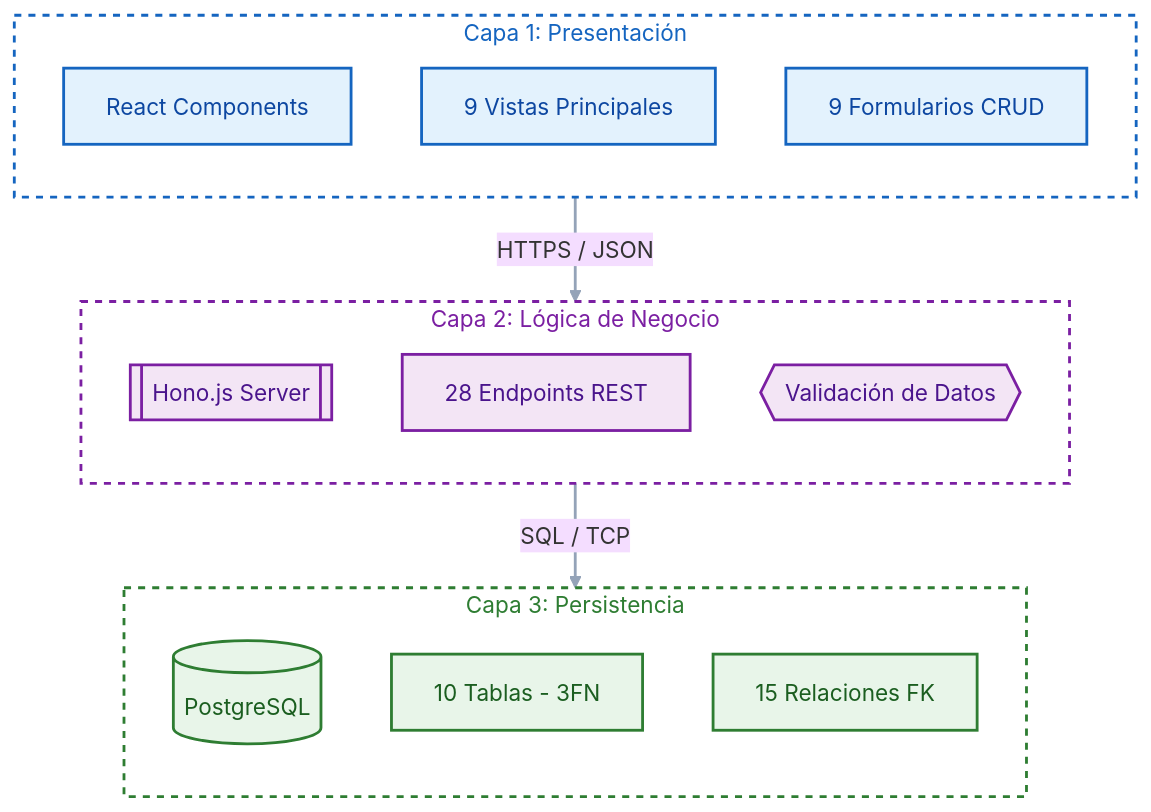
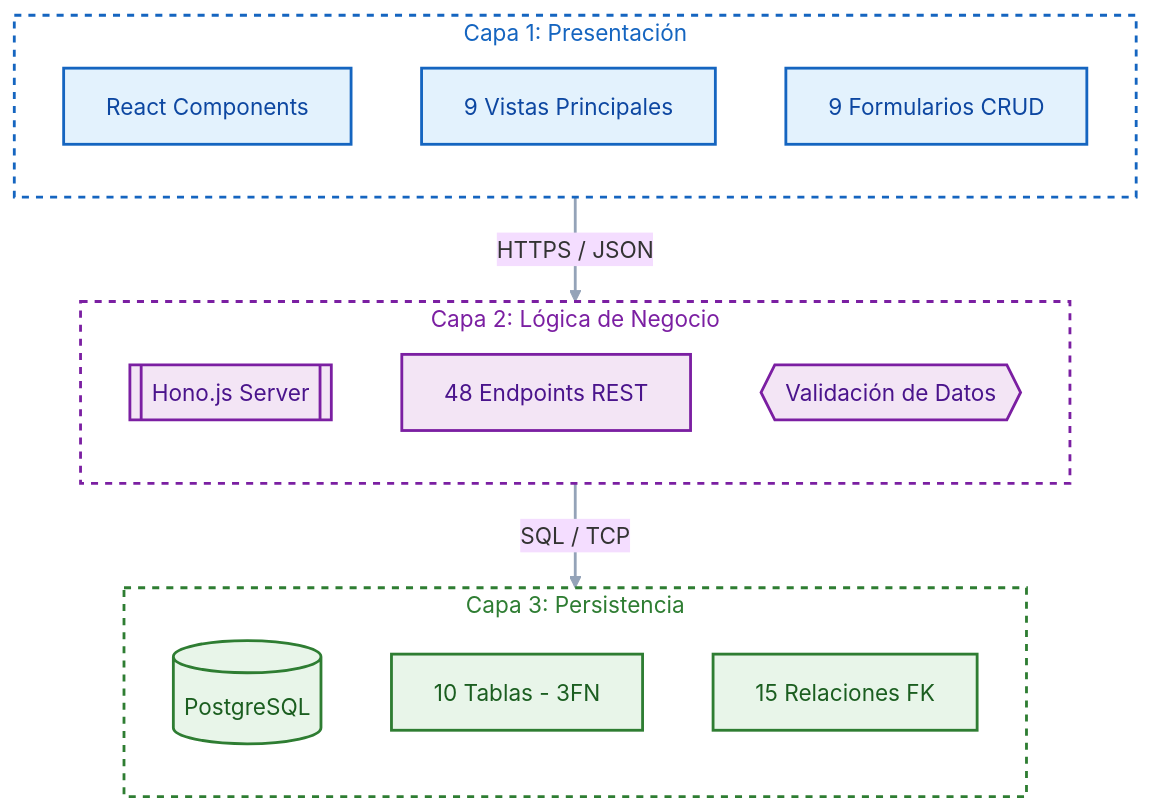
One commit to jhulio435m/iot-management-system changed the first of 2 diagrams in README.md. Above: the diagram before and after it, drawn with Mermaid (base theme). The commit also changed other lines of this file, not shown here.

````diff
--- a/README.md
+++ b/README.md
@@ -98,51 +99,51 @@
 ```mermaid
 graph TD
     %% --- NUEVA PALETA DE COLORES (Solicitada) ---
     
     %% Frontend: Azul
     classDef frontend fill:#e3f2fd,stroke:#1565c0,stroke-width:2px,color:#0d47a1;
     
     %% Backend: Violeta
     classDef backend fill:#f3e5f5,stroke:#7b1fa2,stroke-width:2px,color:#4a148c;
     
     %% Database: Verde
     classDef database fill:#e8f5e9,stroke:#2e7d32,stroke-width:2px,color:#1b5e20;
     
     %% Estilo de las líneas (Gris medio neutro)
     linkStyle default stroke:#94a3b8,stroke-width:2px;
 
     %% --- GRUPO 1: CLIENTE ---
     subgraph Client [" Capa 1: Presentación "]
         direction TB
         Componentes[React Components]:::frontend
         Vistas[9 Vistas Principales]:::frontend
         Forms[9 Formularios CRUD]:::frontend
     end
     
     %% --- GRUPO 2: SERVIDOR ---
     subgraph Server [" Capa 2: Lógica de Negocio "]
         direction TB
         Hono[[Hono.js Server]]:::backend
-        Endpoints[28 Endpoints REST]:::backend
+        Endpoints[48 Endpoints REST]:::backend
         Validacion{{Validación de Datos}}:::backend
     end
     
     %% --- GRUPO 3: BASE DE DATOS ---
     subgraph DB [" Capa 3: Persistencia "]
         direction TB
         Postgres[(PostgreSQL)]:::database
         Tablas[10 Tablas - 3FN]:::database
         FK[15 Relaciones FK]:::database
     end
     
     %% --- RELACIONES ---
     Client ==>|"HTTPS / JSON"| Server
     Server ==>|"SQL / TCP"| DB
     
     %% --- ESTILOS DE SUBGRAFOS ---
     %% fill:none mantiene la transparencia para el modo oscuro
     %% Los colores de stroke y texto se han igualado al color fuerte de cada grupo
     style Client fill:none,stroke:#1565c0,stroke-width:2px,stroke-dasharray: 5 5,color:#1565c0
     style Server fill:none,stroke:#7b1fa2,stroke-width:2px,stroke-dasharray: 5 5,color:#7b1fa2
     style DB fill:none,stroke:#2e7d32,stroke-width:2px,stroke-dasharray: 5 5,color:#2e7d32
 ```
````
